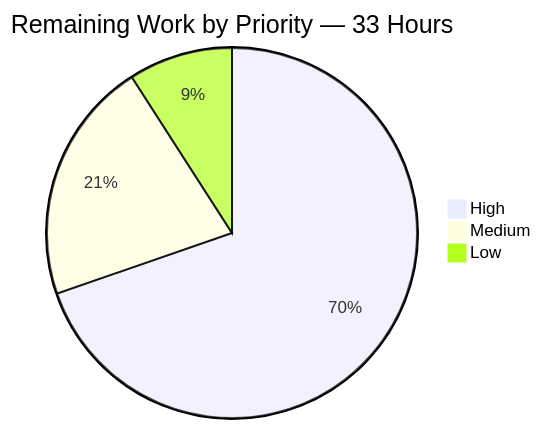
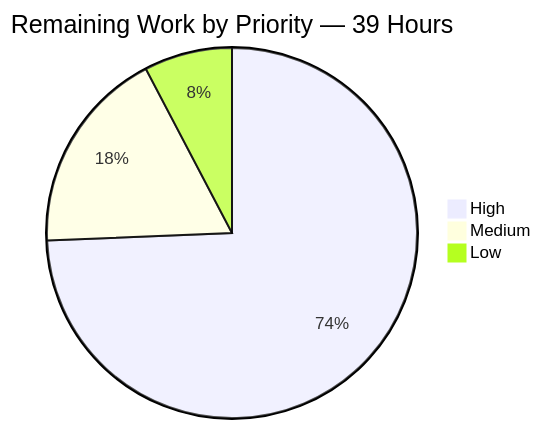
Before and after one commit to Tzadiko/monero: the fourth of 4 diagrams in blitzy/documentation/Project Guide.md, drawn with Mermaid. The commit also changed other lines of this file and 5 other files, not shown here.

````diff
--- a/blitzy/documentation/Project Guide.md
+++ b/blitzy/documentation/Project Guide.md
@@ -1633,6 +1664,6 @@
 ```mermaid
-pie title Remaining Work by Priority — 33 Hours
-    "High" : 23
+pie title Remaining Work by Priority — 39 Hours
+    "High" : 29
     "Medium" : 7
     "Low" : 3
 ```
````
